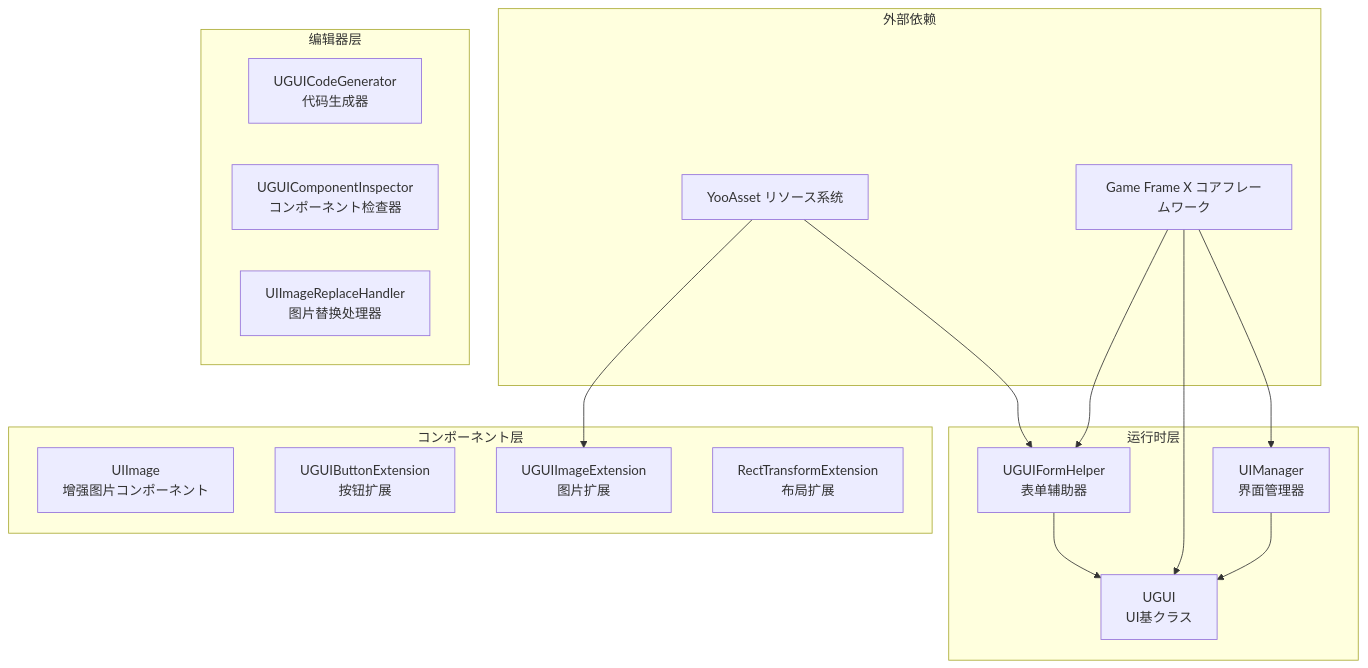
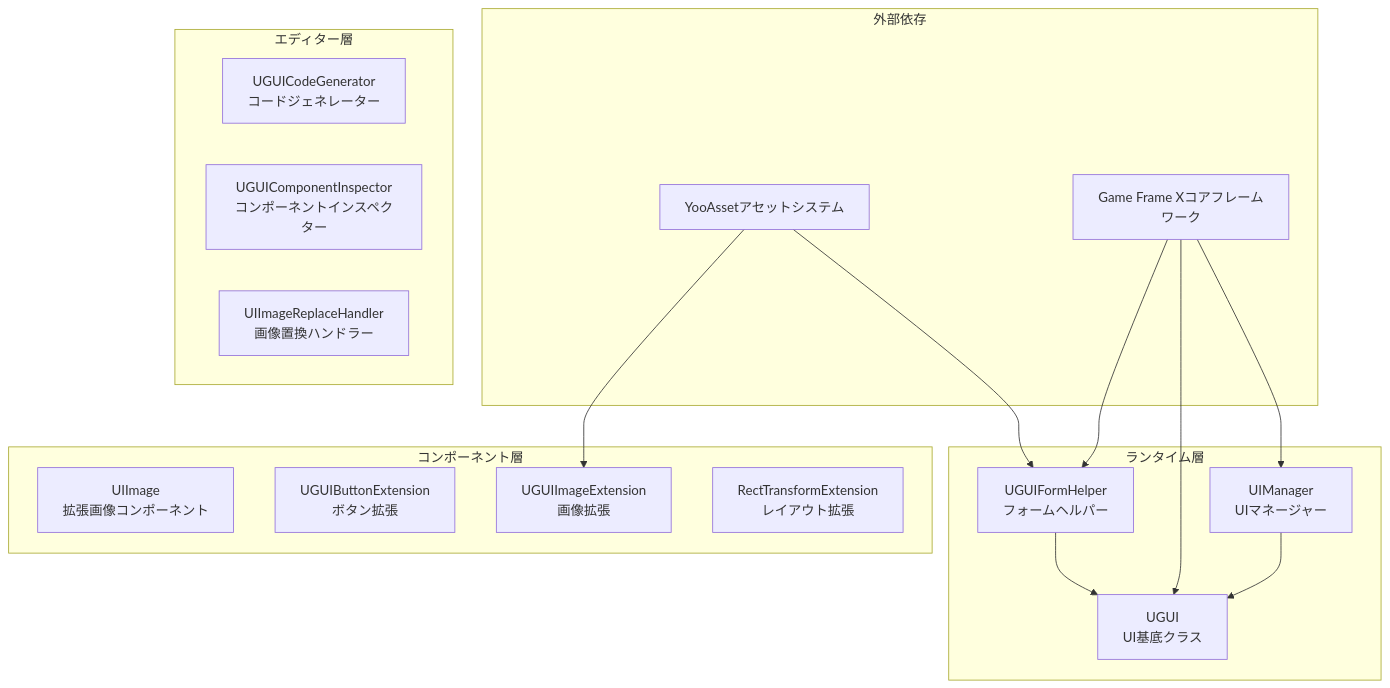
The first of 2 diagrams in docs/ja/client/unity/component/ui-ugui/01.overview.md (AlianBlank/GameFrameX.Docs), drawn with Mermaid before and after one commit. The commit also changed other lines of this file and 320 other files, not shown here.

````diff
--- a/docs/ja/client/unity/component/ui-ugui/01.overview.md
+++ b/docs/ja/client/unity/component/ui-ugui/01.overview.md
@@ -15,34 +15,34 @@
 ```mermaid
 graph TB
-    subgraph External["外部依赖"]
-        YooAsset["YooAsset リソース系统"]
-        GameFrameXCore["Game Frame X コアフレームワーク"]
+    subgraph External["外部依存"]
+        YooAsset["YooAssetアセットシステム"]
+        GameFrameXCore["Game Frame Xコアフレームワーク"]
     end
 
-    subgraph Runtime["运行时层"]
-        UIManager["UIManager<br/>界面管理器"]
-        UGUI["UGUI<br/>UI基クラス"]
-        UGUIFormHelper["UGUIFormHelper<br/>表单辅助器"]
+    subgraph Runtime["ランタイム層"]
+        UIManager["UIManager<br/>UIマネージャー"]
+        UGUI["UGUI<br/>UI基底クラス"]
+        UGUIFormHelper["UGUIFormHelper<br/>フォームヘルパー"]
     end
 
-    subgraph Components["コンポーネント层"]
-        UIImage["UIImage<br/>增强图片コンポーネント"]
-        UGUIButtonExtension["UGUIButtonExtension<br/>按钮扩展"]
-        UGUIImageExtension["UGUIImageExtension<br/>图片扩展"]
-        RectTransformExtension["RectTransformExtension<br/>布局扩展"]
+    subgraph Components["コンポーネント層"]
+        UIImage["UIImage<br/>拡張画像コンポーネント"]
+        UGUIButtonExtension["UGUIButtonExtension<br/>ボタン拡張"]
+        UGUIImageExtension["UGUIImageExtension<br/>画像拡張"]
+        RectTransformExtension["RectTransformExtension<br/>レイアウト拡張"]
     end
 
-    subgraph Editor["编辑器层"]
-        UGUICodeGenerator["UGUICodeGenerator<br/>代码生成器"]
-        UGUIComponentInspector["UGUIComponentInspector<br/>コンポーネント检查器"]
-        UIImageReplaceHandler["UIImageReplaceHandler<br/>图片替换处理器"]
+    subgraph Editor["エディター層"]
+        UGUICodeGenerator["UGUICodeGenerator<br/>コードジェネレーター"]
+        UGUIComponentInspector["UGUIComponentInspector<br/>コンポーネントインスペクター"]
+        UIImageReplaceHandler["UIImageReplaceHandler<br/>画像置換ハンドラー"]
     end
 
     YooAsset --> UGUIFormHelper
     YooAsset --> UGUIImageExtension
     GameFrameXCore --> UIManager
     GameFrameXCore --> UGUI
     GameFrameXCore --> UGUIFormHelper
     UIManager --> UGUI
     UGUIFormHelper --> UGUI
 ```
````
